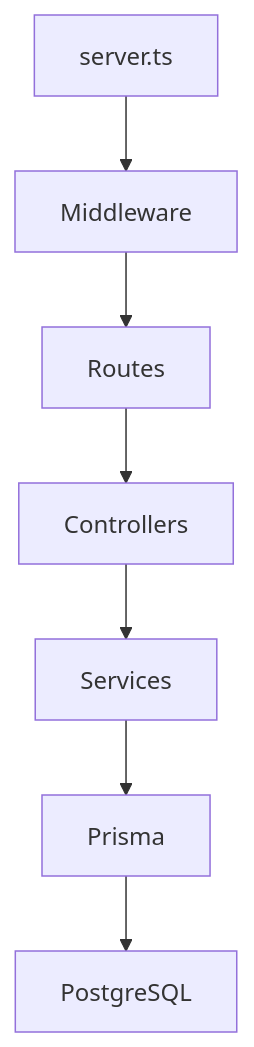
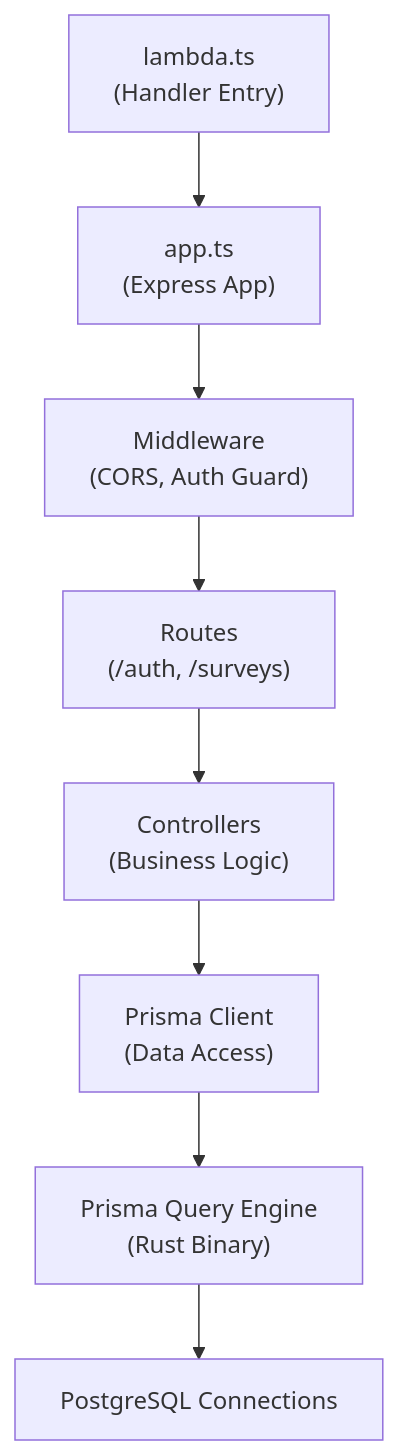
Before and after one commit to MrCh0p808/StatWoX: the second of 5 diagrams in README.md, drawn with Mermaid. The commit also changed other lines of this file, not shown here.

````diff
--- a/README.md
+++ b/README.md
@@ -189,9 +242,10 @@
 ```mermaid
 flowchart TB
-    Entry["server.ts"] --> Middleware
-    Middleware --> Routes
-    Routes --> Controllers
-    Controllers --> Services
-    Services --> Prisma
-    Prisma --> PostgreSQL
+    Entry["lambda.ts<br/>(Handler Entry)"] --> Express["app.ts<br/>(Express App)"]
+    Express --> Middleware["Middleware<br/>(CORS, Auth Guard)"]
+    Middleware --> Routes["Routes<br/>(/auth, /surveys)"]
+    Routes --> Controllers["Controllers<br/>(Business Logic)"]
+    Controllers --> PrismaClient["Prisma Client<br/>(Data Access)"]
+    PrismaClient --> QueryEngine["Prisma Query Engine<br/>(Rust Binary)"]
+    QueryEngine --> PostgreSQL["PostgreSQL Connections"]
 ```
````
